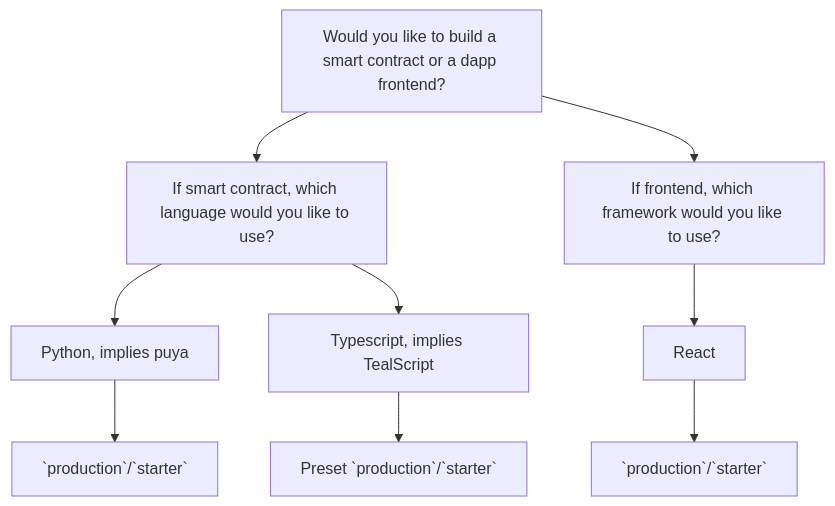
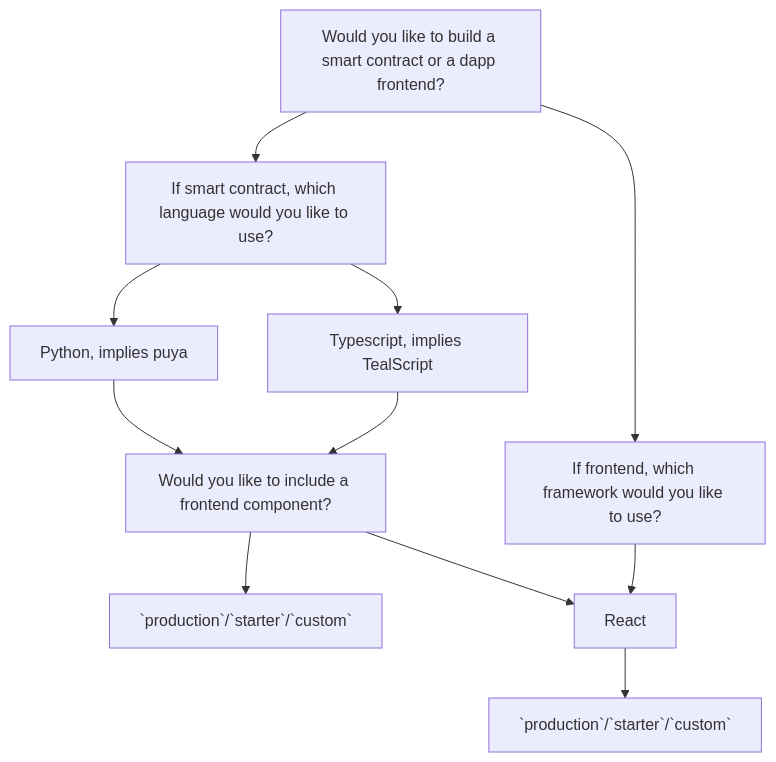
One commit to algorandfoundation/algokit-cli changed the second of 2 diagrams in docs/architecture-decisions/2024-01-23_init-wizard-v2.md. Above: the diagram before and after it, drawn with Mermaid. The commit also changed other lines of this file, not shown here.

````diff
--- a/docs/architecture-decisions/2024-01-23_init-wizard-v2.md
+++ b/docs/architecture-decisions/2024-01-23_init-wizard-v2.md
@@ -67,20 +75,22 @@
 ```mermaid
 graph TB
     A[Would you like to build a smart contract or a dapp frontend?]
     B[If smart contract, which language would you like to use?]
     C[If frontend, which framework would you like to use?]
     D[Python, implies puya]
     E[Typescript, implies TealScript]
     F[React]
-    G[`production`/`starter`]
-    H[Preset `production`/`starter`]
-    I[`production`/`starter`]
+    G[`production`/`starter`/`custom`]
+    I[`production`/`starter`/`custom`]
+    J[Would you like to include a frontend component?]
     A --> B
     A --> C
     B --> D
-    D --> G
+    D --> J
+    E --> J
+    J --> G
+    J --> F
     B --> E
-    E --> H
     C --> F
     F --> I
 ```
````
